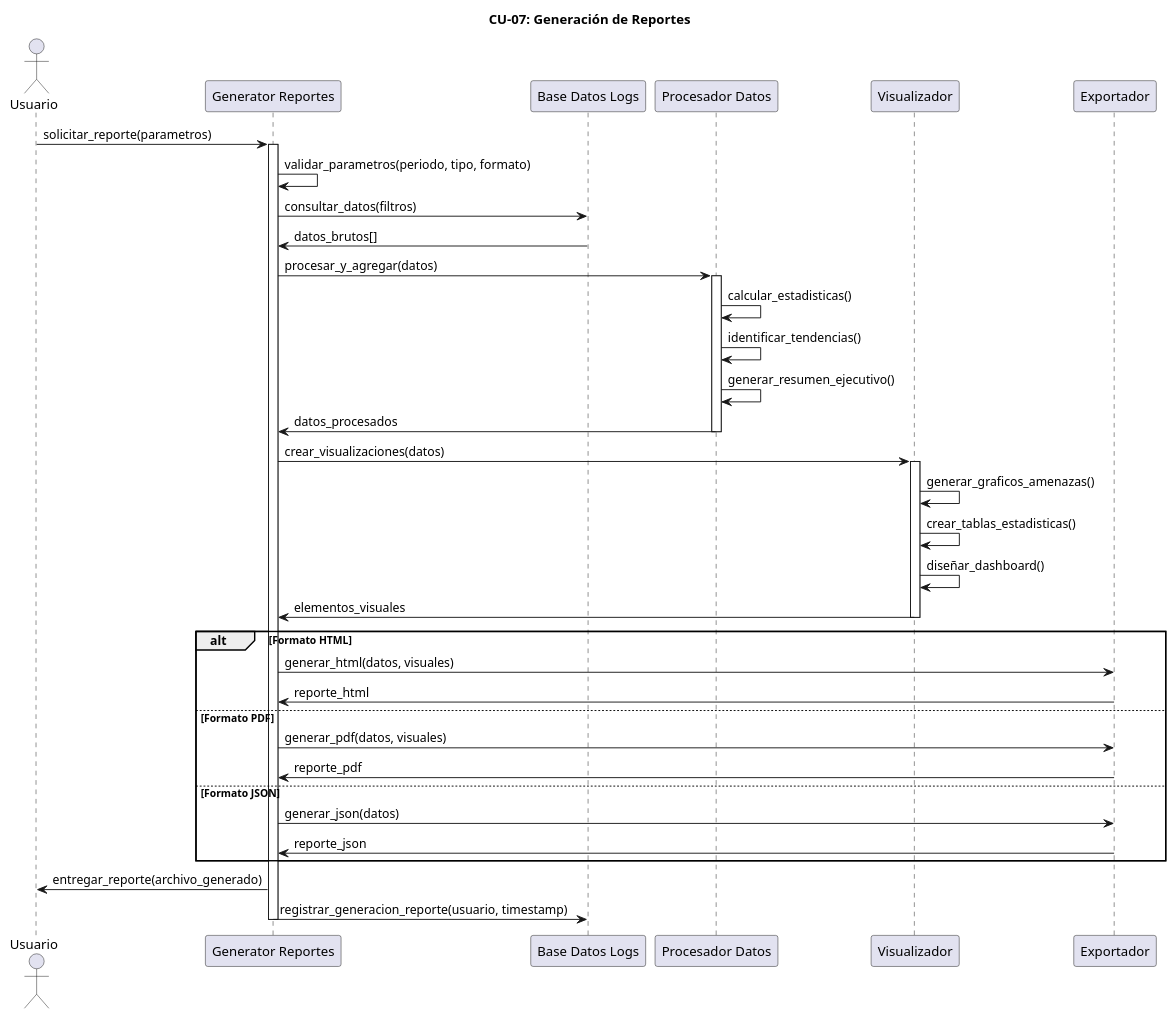
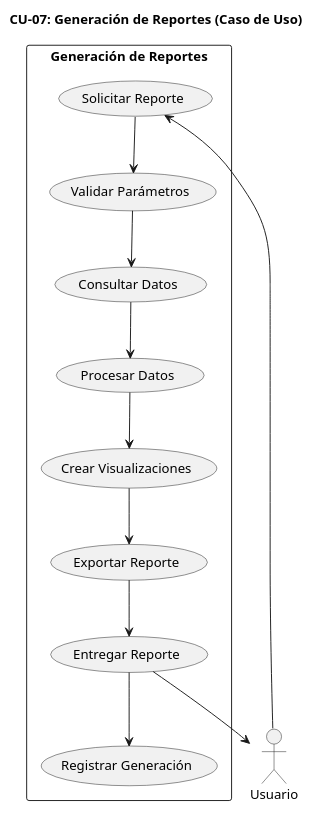
The eighth of 13 diagrams in UNIFIED_ANTIVIRUS/diagramas/casos_de_uso/diagramas_casos_uso.md (KrCrimson/ANTIVIRUS_CPP_PROFESSIONAL), drawn with PlantUML before and after one commit. The commit also changed other lines of this file and 30 other files, not shown here.

Commit message:
diagramas y pruebas estaticas

````diff
--- a/UNIFIED_ANTIVIRUS/diagramas/casos_de_uso/diagramas_casos_uso.md
+++ b/UNIFIED_ANTIVIRUS/diagramas/casos_de_uso/diagramas_casos_uso.md
@@ -392,56 +312,31 @@
 ```plantuml
+db -> generator : datos_brutos[]
+generator -> db : registrar_generacion_reporte(usuario, timestamp)
 @startuml cu07_generacion_reportes
-title CU-07: Generación de Reportes
+title CU-07: Generación de Reportes (Caso de Uso)
 
 actor "Usuario" as usuario
-participant "Generator Reportes" as generator
-participant "Base Datos Logs" as db
-participant "Procesador Datos" as processor
-participant "Visualizador" as visualizer
-participant "Exportador" as exporter
 
-usuario -> generator : solicitar_reporte(parametros)
-activate generator
+rectangle "Generación de Reportes" {
+  (Solicitar Reporte) as solicitar
+  (Validar Parámetros) as validar
+  (Consultar Datos) as consultar
+  (Procesar Datos) as procesar
+  (Crear Visualizaciones) as visualizar
+  (Exportar Reporte) as exportar
+  (Entregar Reporte) as entregar
+  (Registrar Generación) as registrar
+}
 
-generator -> generator : validar_parametros(periodo, tipo, formato)
+usuario --> solicitar
+solicitar --> validar
+validar --> consultar
+consultar --> procesar
+procesar --> visualizar
+visualizar --> exportar
+exportar --> entregar
+entregar --> usuario
+entregar --> registrar
 
-generator -> db : consultar_datos(filtros)
-db -> generator : datos_brutos[]
-
-generator -> processor : procesar_y_agregar(datos)
-activate processor
-
-processor -> processor : calcular_estadisticas()
-processor -> processor : identificar_tendencias()
-processor -> processor : generar_resumen_ejecutivo()
-processor -> generator : datos_procesados
-
-deactivate processor
-
-generator -> visualizer : crear_visualizaciones(datos)
-activate visualizer
-
-visualizer -> visualizer : generar_graficos_amenazas()
-visualizer -> visualizer : crear_tablas_estadisticas()
-visualizer -> visualizer : diseñar_dashboard()
-visualizer -> generator : elementos_visuales
-
-deactivate visualizer
-
-alt Formato HTML
-    generator -> exporter : generar_html(datos, visuales)
-    exporter -> generator : reporte_html
-else Formato PDF
-    generator -> exporter : generar_pdf(datos, visuales)
-    exporter -> generator : reporte_pdf
-else Formato JSON
-    generator -> exporter : generar_json(datos)
-    exporter -> generator : reporte_json
-end
-
-generator -> usuario : entregar_reporte(archivo_generado)
-generator -> db : registrar_generacion_reporte(usuario, timestamp)
-
-deactivate generator
 @enduml
 ```
````
